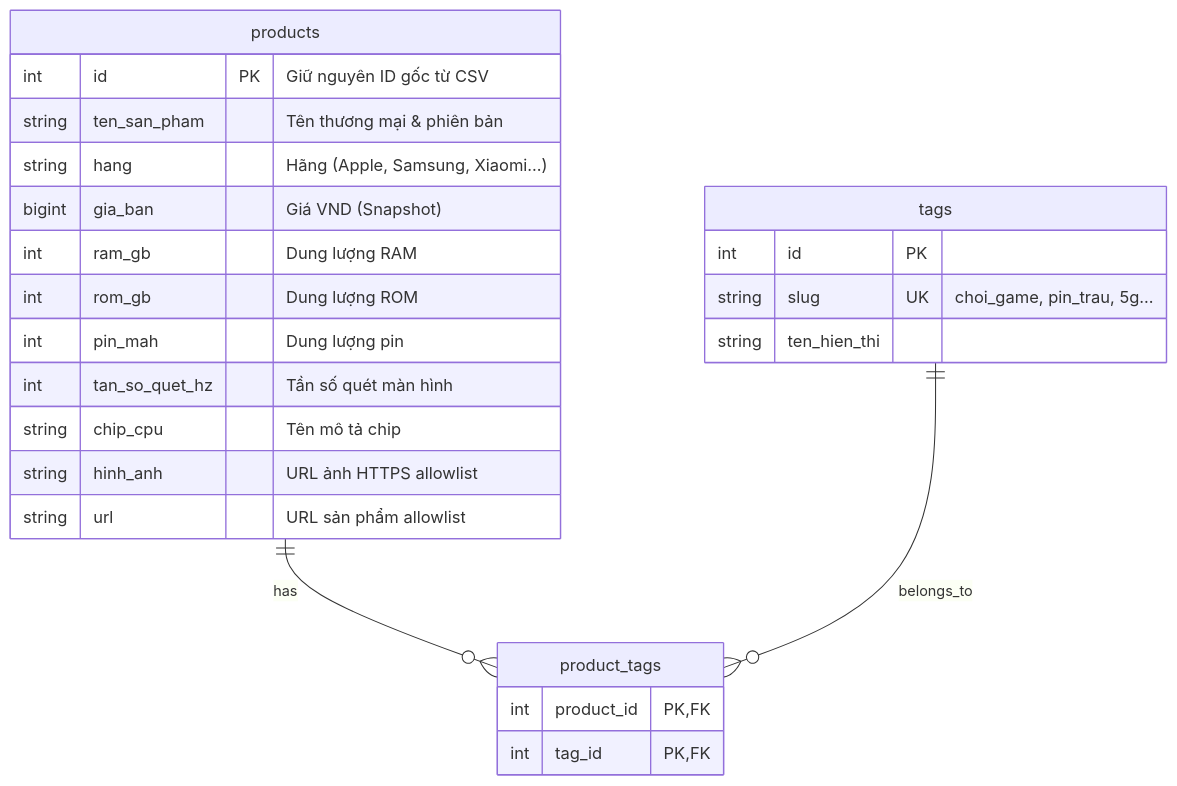
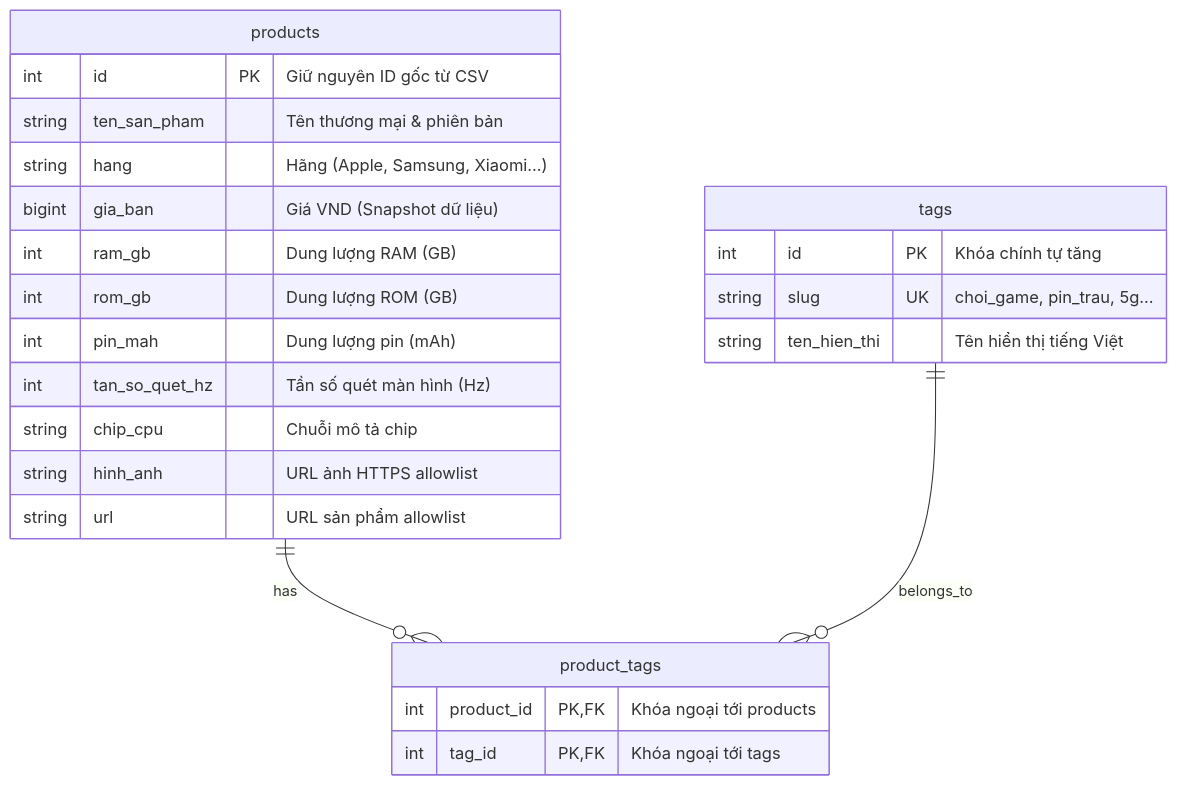
Before and after one commit to pdbao278/chatbot_dienthoai: the third of 3 diagrams in docs/slide_tong_quan_de_tai.md, drawn with Mermaid. The commit also changed other lines of this file and 3 other files, not shown here.

````diff
--- a/docs/slide_tong_quan_de_tai.md
+++ b/docs/slide_tong_quan_de_tai.md
@@ -119,30 +326,30 @@
 ```mermaid
 erDiagram
     products ||--o{ product_tags : has
     tags ||--o{ product_tags : belongs_to
 
     products {
         int id PK "Giữ nguyên ID gốc từ CSV"
         string ten_san_pham "Tên thương mại & phiên bản"
         string hang "Hãng (Apple, Samsung, Xiaomi...)"
-        bigint gia_ban "Giá VND (Snapshot)"
-        int ram_gb "Dung lượng RAM"
-        int rom_gb "Dung lượng ROM"
-        int pin_mah "Dung lượng pin"
-        int tan_so_quet_hz "Tần số quét màn hình"
-        string chip_cpu "Tên mô tả chip"
+        bigint gia_ban "Giá VND (Snapshot dữ liệu)"
+        int ram_gb "Dung lượng RAM (GB)"
+        int rom_gb "Dung lượng ROM (GB)"
+        int pin_mah "Dung lượng pin (mAh)"
+        int tan_so_quet_hz "Tần số quét màn hình (Hz)"
+        string chip_cpu "Chuỗi mô tả chip"
         string hinh_anh "URL ảnh HTTPS allowlist"
         string url "URL sản phẩm allowlist"
     }
 
     tags {
-        int id PK
+        int id PK "Khóa chính tự tăng"
         string slug UK "choi_game, pin_trau, 5g..."
-        string ten_hien_thi
+        string ten_hien_thi "Tên hiển thị tiếng Việt"
     }
 
     product_tags {
-        int product_id PK, FK
-        int tag_id PK, FK
+        int product_id PK, FK "Khóa ngoại tới products"
+        int tag_id PK, FK "Khóa ngoại tới tags"
     }
 ```
````
